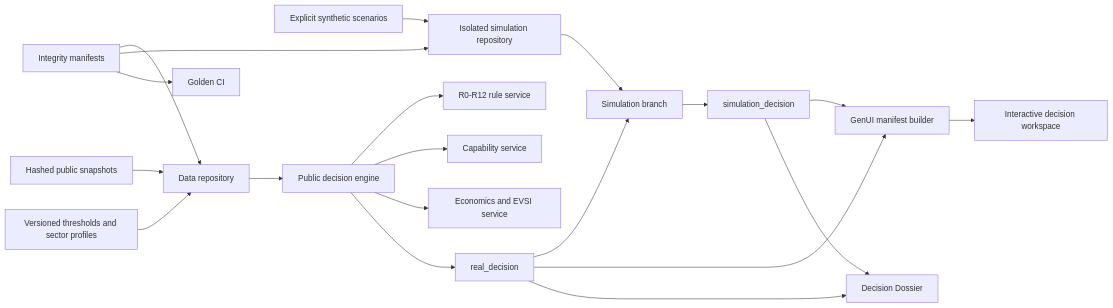
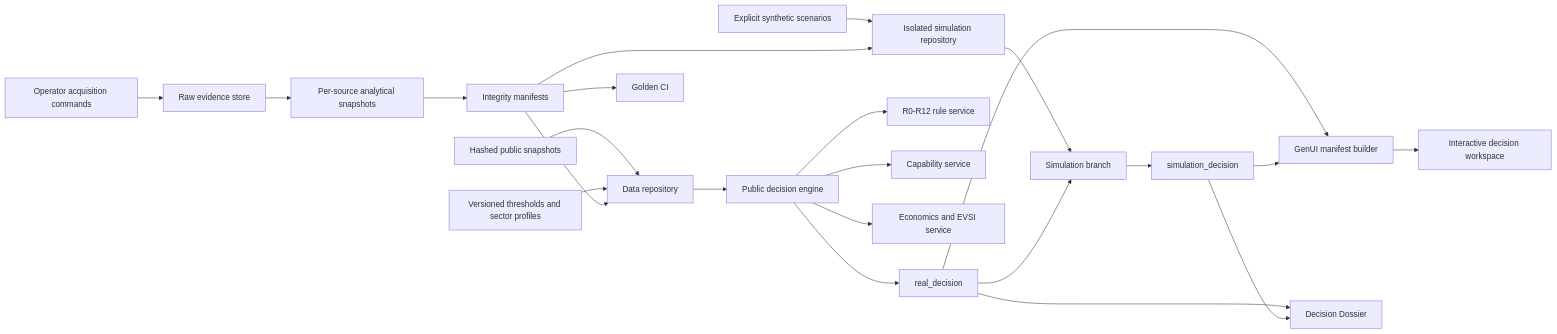
One commit to baramiSG/Industrial_mvp changed the first of 3 diagrams in docs/core/03_SYSTEM_ARCHITECTURE.md. Above: the diagram before and after it, drawn with Mermaid. The commit also changed other lines of this file and 127 other files, not shown here.

````diff
--- a/docs/core/03_SYSTEM_ARCHITECTURE.md
+++ b/docs/core/03_SYSTEM_ARCHITECTURE.md
@@ -33,26 +35,30 @@
 ```mermaid
 flowchart LR
     A[Hashed public snapshots] --> R[Data repository]
     B[Versioned thresholds and sector profiles] --> R
     C[Explicit synthetic scenarios] --> S[Isolated simulation repository]
 
     R --> D[Public decision engine]
     D --> E[R0-R12 rule service]
     D --> F[Capability service]
     D --> G[Economics and EVSI service]
 
     D --> P[real_decision]
     S --> X[Simulation branch]
     P --> X
     X --> Q[simulation_decision]
 
     P --> M[GenUI manifest builder]
     Q --> M
     M --> U[Interactive decision workspace]
     P --> O[Decision Dossier]
     Q --> O
 
     H[Integrity manifests] --> R
     H --> S
     H --> CI[Golden CI]
+
+    OP[Operator acquisition commands] --> RAW[Raw evidence store]
+    RAW --> ACQ[Per-source analytical snapshots]
+    ACQ --> H
 ```
````
